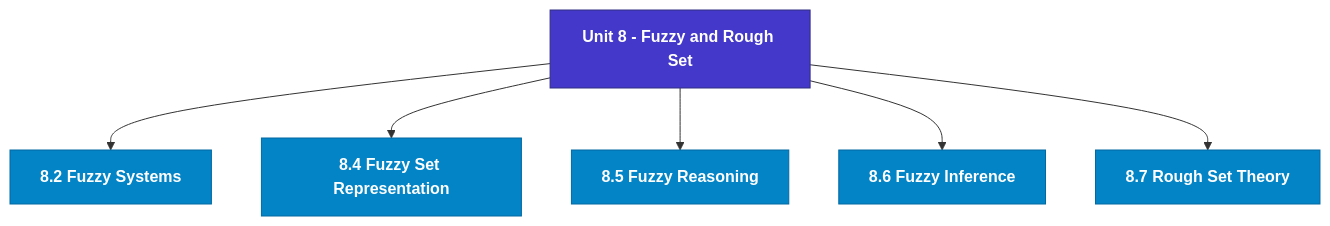
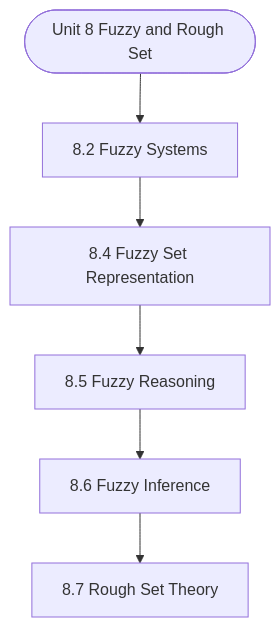
Before and after one commit to Asutosh-Coaching/mscdsa: the diagram in notes/Semester_2/MCS-224_Artificial_Intelligence_&_Machine_Learning/unit_08_Fuzzy_and_Rough_Set.md, drawn with Mermaid. The commit also changed other lines of this file and 115 other files, not shown here.

Commit message:
Fix Mermaid layout for mobile, isolate LaTeX delimiters, and add GitHub Pages reader

````diff
--- a/notes/Semester_2/MCS-224_Artificial_Intelligence_&_Machine_Learning/unit_08_Fuzzy_and_Rough_Set.md
+++ b/notes/Semester_2/MCS-224_Artificial_Intelligence_&_Machine_Learning/unit_08_Fuzzy_and_Rough_Set.md
@@ -19,19 +19,14 @@
 ```mermaid
 flowchart TD
-  %% Styling Definitions
-  classDef head fill:#4338ca,stroke:#312e81,color:#ffffff,font-weight:bold;
-  classDef topic fill:#0284c7,stroke:#0369a1,color:#ffffff,font-weight:600;
-  classDef sub fill:#1e293b,stroke:#475569,color:#f8fafc;
-
-  Root["Unit 8 - Fuzzy and Rough Set"]:::head
-  M1["8.2 Fuzzy Systems"]:::topic
-  Root --> M1
-  M2["8.4 Fuzzy Set Representation"]:::topic
-  Root --> M2
-  M3["8.5 Fuzzy Reasoning"]:::topic
-  Root --> M3
-  M4["8.6 Fuzzy Inference"]:::topic
-  Root --> M4
-  M5["8.7 Rough Set Theory"]:::topic
-  Root --> M5
+  Start(["Unit 8 Fuzzy and Rough Set"])
+  N1["8.2 Fuzzy Systems"]
+  N2["8.4 Fuzzy Set Representation"]
+  N3["8.5 Fuzzy Reasoning"]
+  N4["8.6 Fuzzy Inference"]
+  N5["8.7 Rough Set Theory"]
+  Start --> N1
+  N1 --> N2
+  N2 --> N3
+  N3 --> N4
+  N4 --> N5
 ```
````
